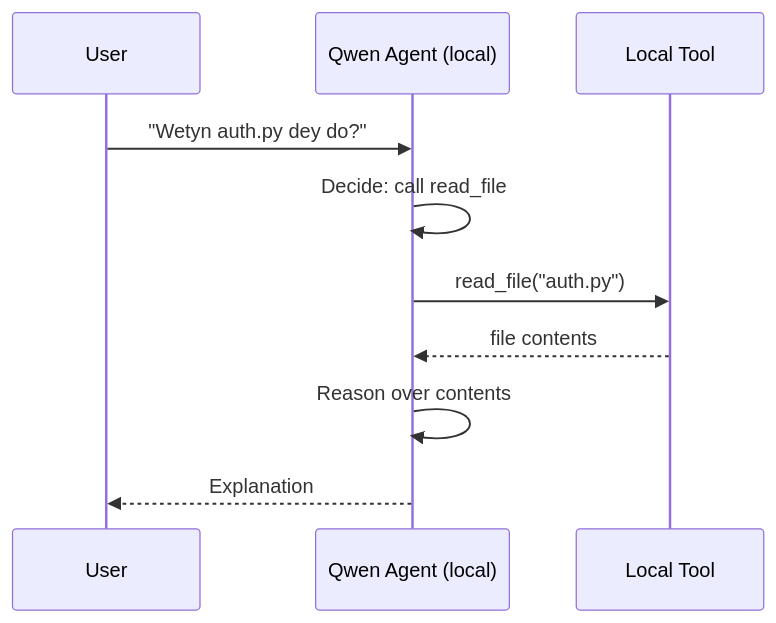
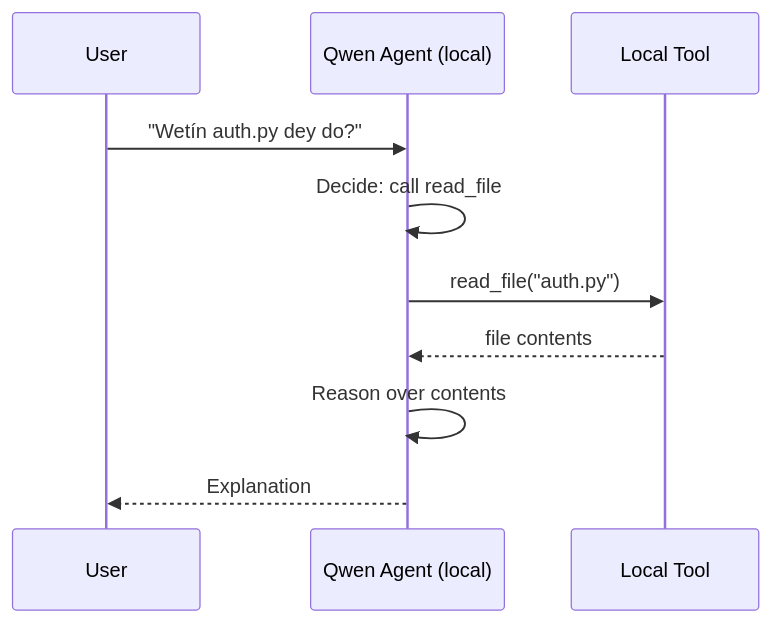
The second of 4 diagrams in mirrors/repos/microsoft@ai-agents-for-beginners/translations/pcm/17-creating-local-ai-agents/README.md (gabrielmoreira/agent-skills-mirror), drawn with Mermaid before and after one commit. The commit also changed other lines of this file and 4262 other files, not shown here.

````diff
--- a/mirrors/repos/microsoft@ai-agents-for-beginners/translations/pcm/17-creating-local-ai-agents/README.md
+++ b/mirrors/repos/microsoft@ai-agents-for-beginners/translations/pcm/17-creating-local-ai-agents/README.md
@@ -106,12 +106,12 @@
 ```mermaid
 sequenceDiagram
     participant U as User
     participant A as Qwen Agent (local)
     participant T as Local Tool
-    U->>A: "Wetyn auth.py dey do?"
+    U->>A: "Wetín auth.py dey do?"
     A->>A: Decide: call read_file
     A->>T: read_file("auth.py")
     T-->>A: file contents
     A->>A: Reason over contents
     A-->>U: Explanation
 ```
````
